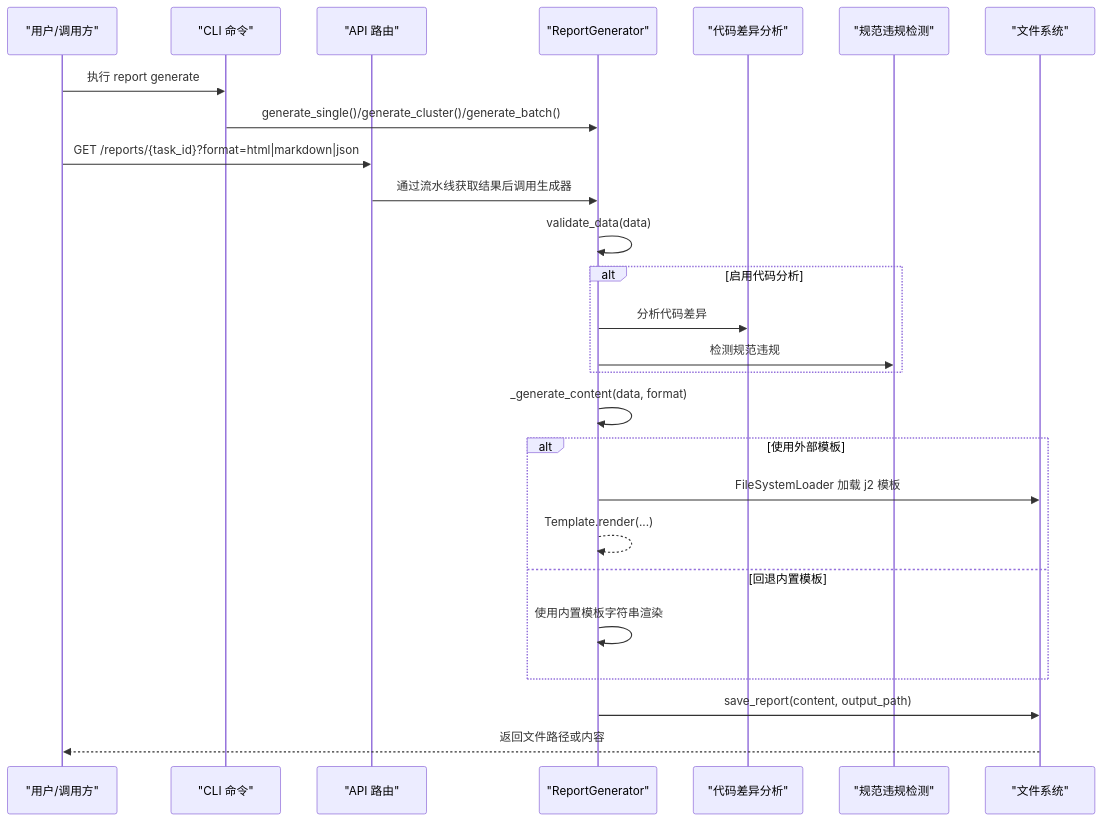
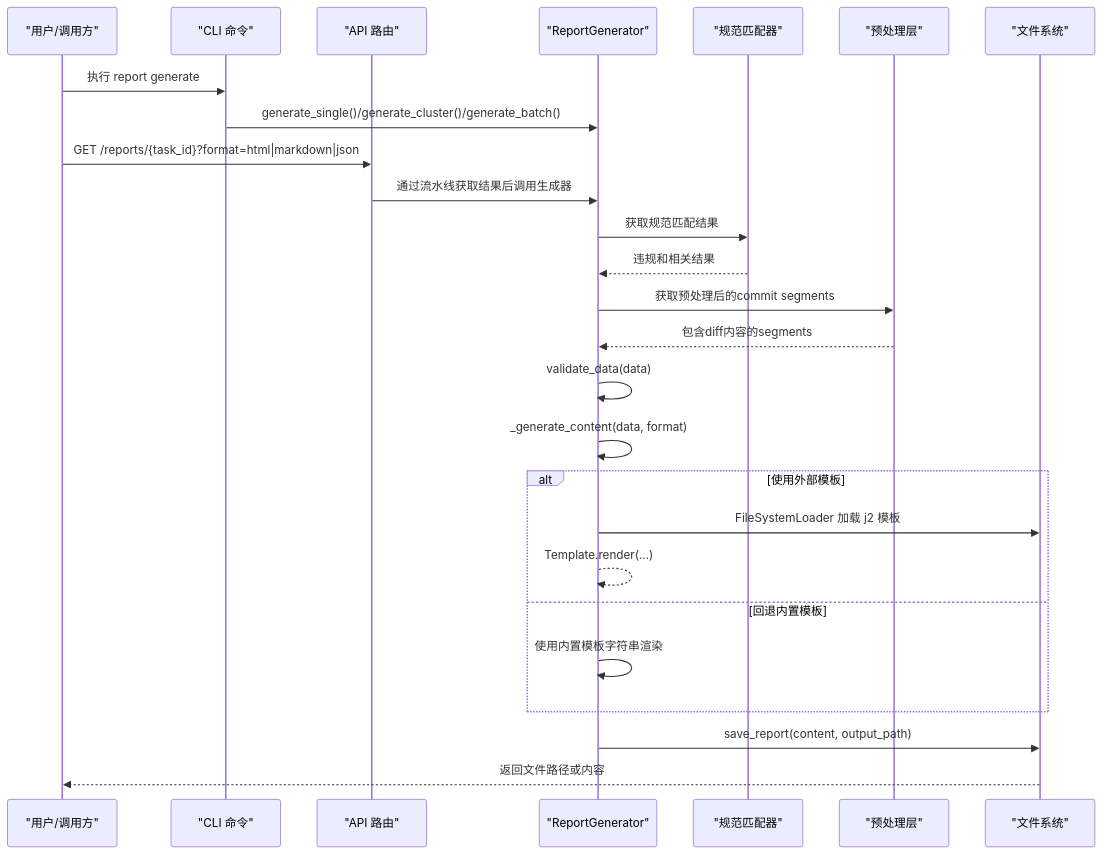
The second of 7 diagrams in .qoder/repowiki/zh/content/可视化系统/报告生成系统.md (boyingliu01/fault-review-analyzer), drawn with Mermaid before and after one commit. The commit also changed other lines of this file and 125 other files, not shown here.

````diff
--- a/.qoder/repowiki/zh/content/可视化系统/报告生成系统.md
+++ b/.qoder/repowiki/zh/content/可视化系统/报告生成系统.md
@@ -108,28 +108,28 @@
 ```mermaid
 sequenceDiagram
 participant U as "用户/调用方"
 participant CLI as "CLI 命令"
 participant API as "API 路由"
 participant RG as "ReportGenerator"
-participant CCA as "代码差异分析"
-participant VD as "规范违规检测"
+participant SM as "规范匹配器"
+participant PP as "预处理层"
 participant FS as "文件系统"
 U->>CLI : 执行 report generate
 CLI->>RG : generate_single()/generate_cluster()/generate_batch()
 U->>API : GET /reports/{task_id}?format=html|markdown|json
 API->>RG : 通过流水线获取结果后调用生成器
+RG->>SM : 获取规范匹配结果
+SM-->>RG : 违规和相关结果
+RG->>PP : 获取预处理后的commit segments
+PP-->>RG : 包含diff内容的segments
 RG->>RG : validate_data(data)
-alt 启用代码分析
-RG->>CCA : 分析代码差异
-RG->>VD : 检测规范违规
-end
 RG->>RG : _generate_content(data, format)
 alt 使用外部模板
 RG->>FS : FileSystemLoader 加载 j2 模板
 RG-->>RG : Template.render(...)
 else 回退内置模板
 RG->>RG : 使用内置模板字符串渲染
 end
 RG->>FS : save_report(content, output_path)
 FS-->>U : 返回文件路径或内容
 ```
````
